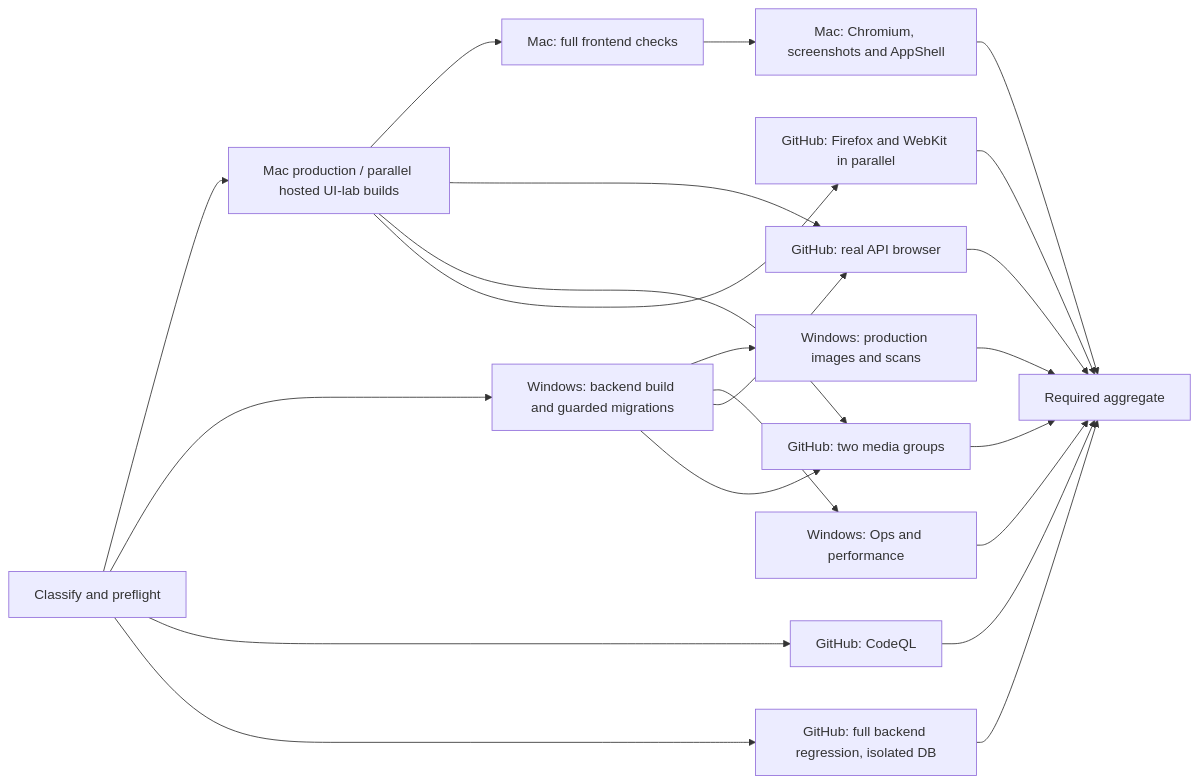
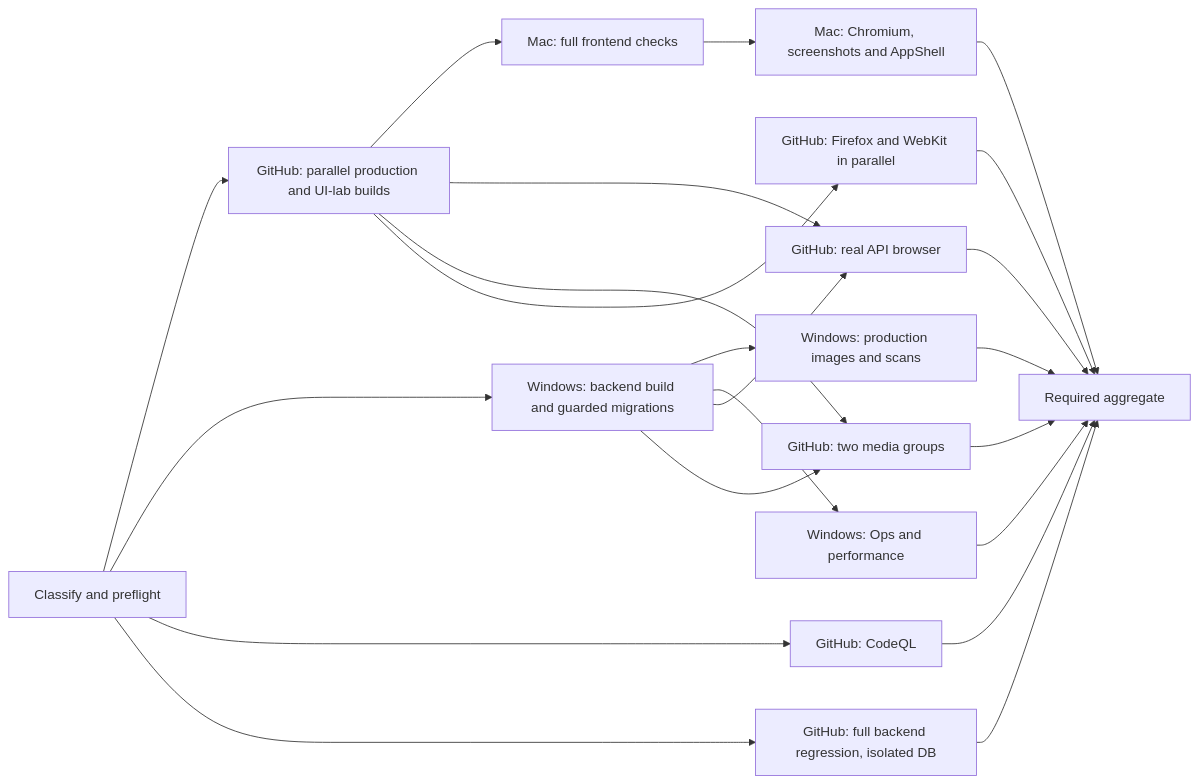
Before and after one commit to caohuibj/eduK12-new-version: the diagram in docs/ci-runner-policy.md, drawn with Mermaid. The commit also changed other lines of this file and 1 other file, not shown here.

Commit message:
ci: release heavy frontend artifacts on parallel hosted builders

````diff
--- a/docs/ci-runner-policy.md
+++ b/docs/ci-runner-policy.md
@@ -34,24 +34,24 @@
 ```mermaid
 flowchart LR
-  S[Classify and preflight] --> FB[Mac production / parallel hosted UI-lab builds]
+  S[Classify and preflight] --> FB[GitHub: parallel production and UI-lab builds]
   FB --> FC[Mac: full frontend checks]
   FC --> UI[Mac: Chromium, screenshots and AppShell]
   S --> BB[Windows: backend build and guarded migrations]
   BB --> IM[Windows: production images and scans]
   BB --> OP[Windows: Ops and performance]
   S --> Q[GitHub: CodeQL]
   S --> R[GitHub: full backend regression, isolated DB]
   FB --> API[GitHub: real API browser]
   BB --> API
   FB --> ME[GitHub: two media groups]
   BB --> ME
   FB --> FF[GitHub: Firefox and WebKit in parallel]
   UI --> G[Required aggregate]
   IM --> G
   OP --> G
   Q --> G
   R --> G
   API --> G
   ME --> G
   FF --> G
 ```
````
